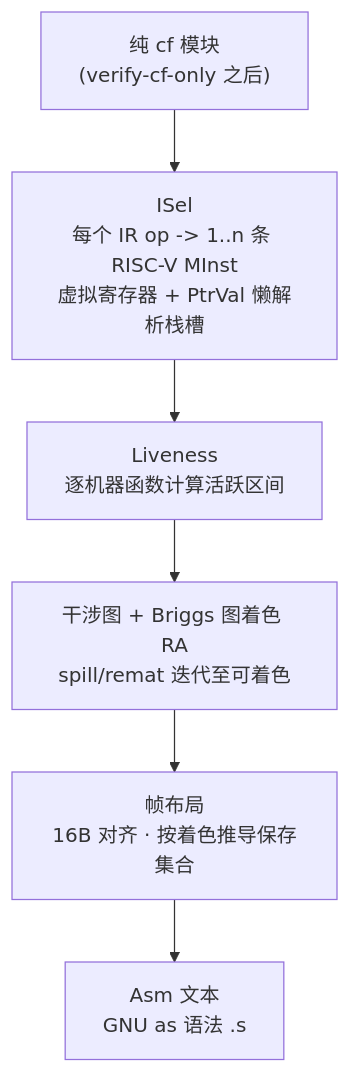
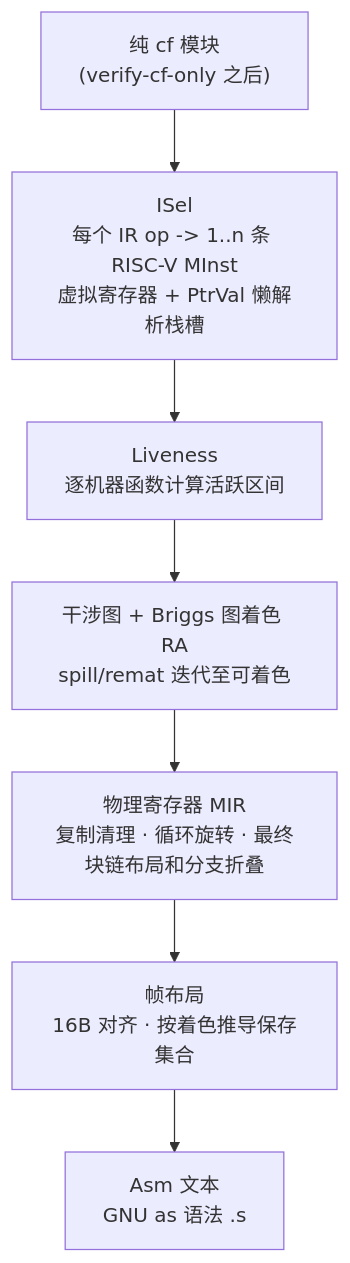
One commit to lightsmilew/SakuraCompiler changed the sixth of 6 diagrams in docs/architecture.md. Above: the diagram before and after it, drawn with Mermaid. The commit also changed other lines of this file and 39 other files, not shown here.

````diff
--- a/docs/architecture.md
+++ b/docs/architecture.md
@@ -188,8 +188,9 @@
 ```mermaid
 flowchart TD
     SUB["纯 cf 模块<br/>(verify-cf-only 之后)"] --> ISEL[ISel<br/>每个 IR op -> 1..n 条 RISC-V MInst<br/>虚拟寄存器 + PtrVal 懒解析栈槽]
     ISEL --> LIV[Liveness<br/>逐机器函数计算活跃区间]
     LIV --> IG[干涉图 + Briggs 图着色 RA<br/>spill/remat 迭代至可着色]
-    IG --> FRAME[帧布局<br/>16B 对齐 · 按着色推导保存集合]
+    IG --> LAYOUT[物理寄存器 MIR<br/>复制清理 · 循环旋转 · 最终块链布局和分支折叠]
+    LAYOUT --> FRAME[帧布局<br/>16B 对齐 · 按着色推导保存集合]
     FRAME --> WRITE[Asm 文本<br/>GNU as 语法 .s]
 ```
````
